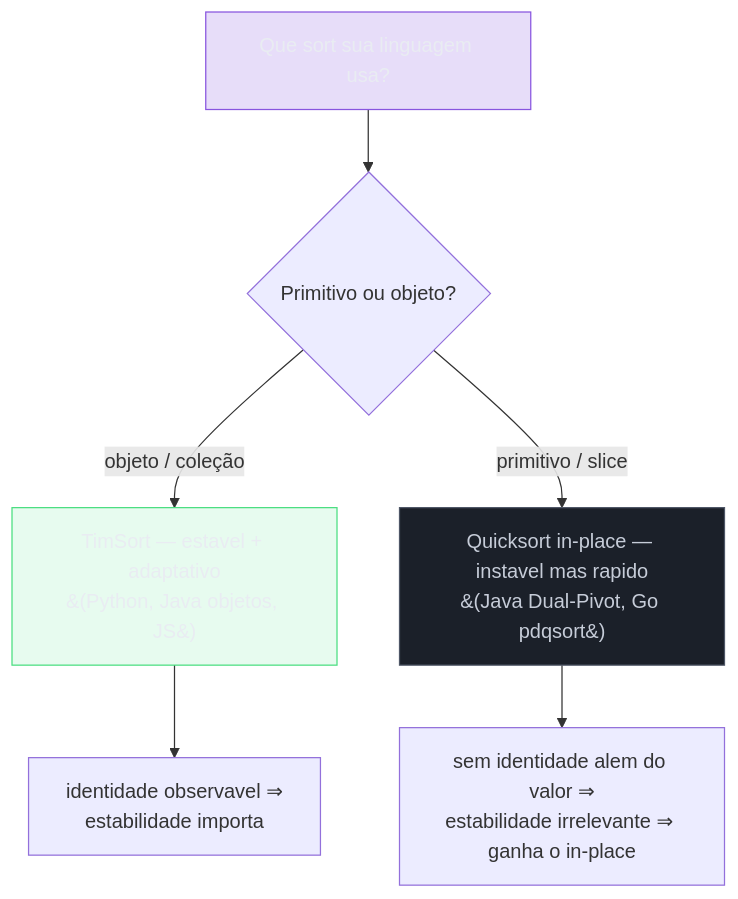
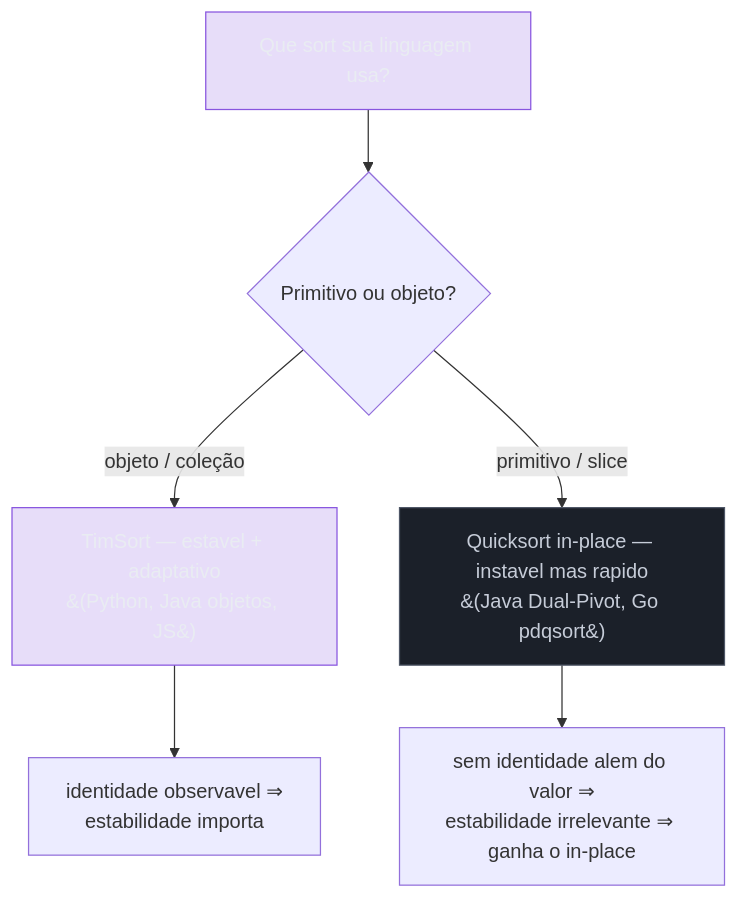
The sixth of 6 diagrams in 03-Dominios/Ciência/Algoritmos/07 - Ordenação.md (josenaldo/codex-technomanticus), drawn with Mermaid before and after one commit. The commit also changed other lines of this file and 601 other files, not shown here.

````diff
--- a/03-Dominios/Ciência/Algoritmos/07 - Ordenação.md
+++ b/03-Dominios/Ciência/Algoritmos/07 - Ordenação.md
@@ -375,17 +376,16 @@
 ```mermaid
 graph TB
-    classDef ok fill:#4ADE8021,stroke:#4ADE80,color:#E9ECF2
     classDef neutro fill:#1B2029,stroke:#4E5666,color:#C6CCD8
     classDef marca fill:#8855DF33,stroke:#8855DF,color:#E9ECF2
     Q["Que sort sua linguagem usa?"] --> tipo{"Primitivo ou objeto?"}
 
     tipo -->|"objeto / coleção"| obj["TimSort &mdash; estavel + adaptativo<br/>&#40;Python, Java objetos, JS&#41;"]
     tipo -->|"primitivo / slice"| prim["Quicksort in-place &mdash; instavel mas rapido<br/>&#40;Java Dual-Pivot, Go pdqsort&#41;"]
 
     obj --> motivoO["identidade observavel &rArr;<br/>estabilidade importa"]
     prim --> motivoP["sem identidade alem do valor &rArr;<br/>estabilidade irrelevante &rArr; ganha o in-place"]
 
-    class obj ok
+    class obj marca
     class prim neutro
     class Q marca
 ```
````
